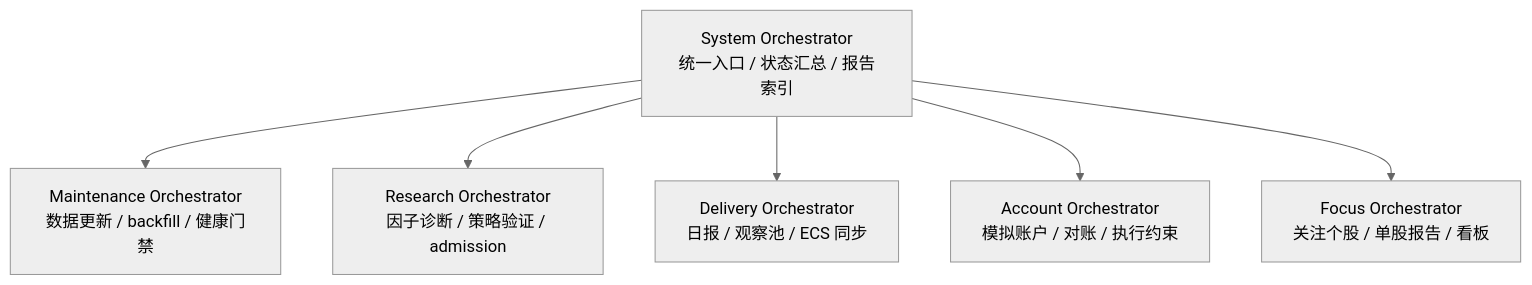
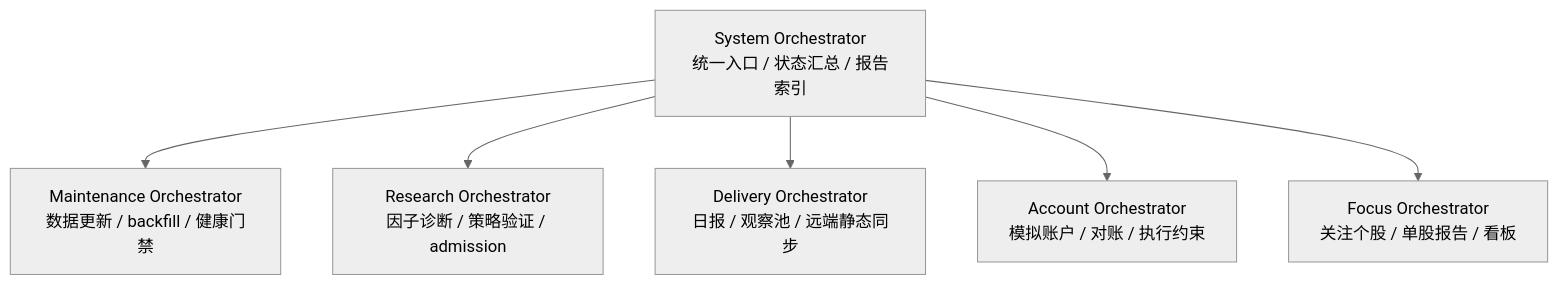
One commit to Archjing/stok-mapping changed the seventh of 9 diagrams in docs/slides/project-architecture/slides.md. Above: the diagram before and after it, drawn with Mermaid (neutral theme). The commit also changed 52 other files, not shown here.

````diff
--- a/docs/slides/project-architecture/slides.md
+++ b/docs/slides/project-architecture/slides.md
@@ -317,9 +317,9 @@
 ```mermaid
 flowchart TB
     SO[System Orchestrator<br/>统一入口 / 状态汇总 / 报告索引]
     SO --> MO[Maintenance Orchestrator<br/>数据更新 / backfill / 健康门禁]
     SO --> RO[Research Orchestrator<br/>因子诊断 / 策略验证 / admission]
-    SO --> DO[Delivery Orchestrator<br/>日报 / 观察池 / ECS 同步]
+    SO --> DO[Delivery Orchestrator<br/>日报 / 观察池 / 远端静态同步]
     SO --> AO[Account Orchestrator<br/>模拟账户 / 对账 / 执行约束]
     SO --> FO[Focus Orchestrator<br/>关注个股 / 单股报告 / 看板]
 ```
````
